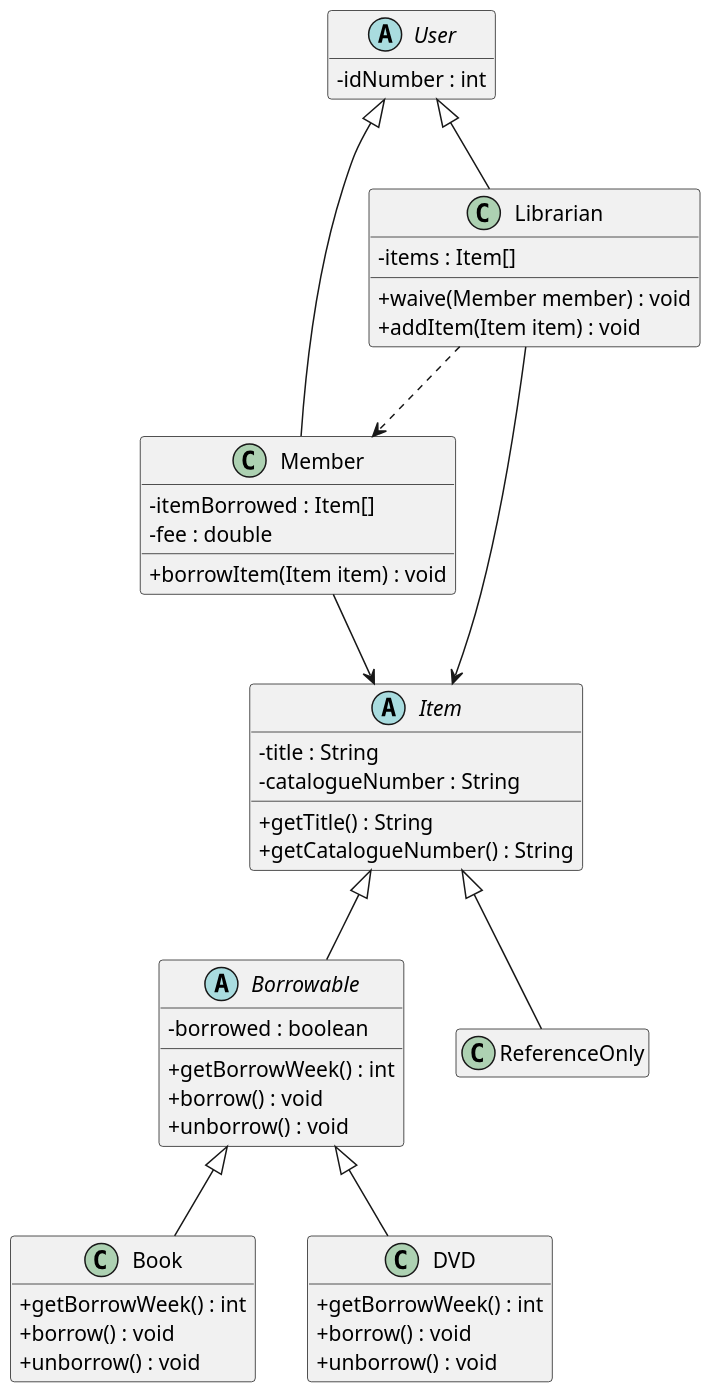
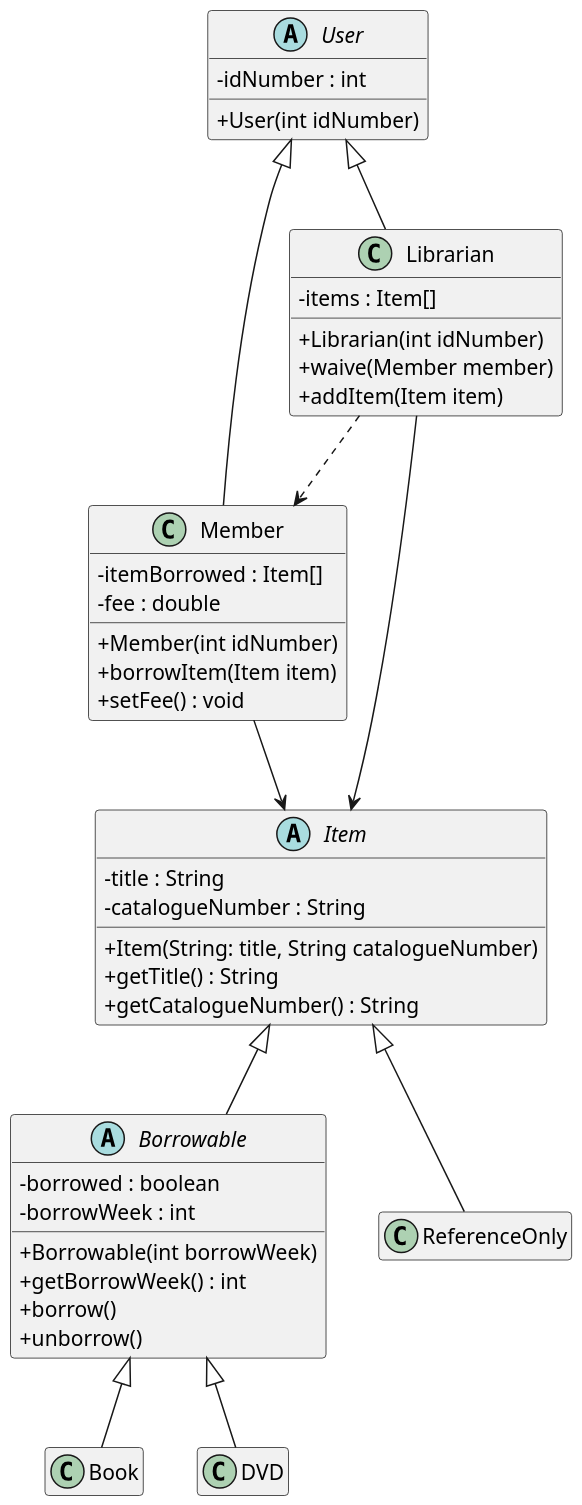
The diagram in plantuml/exercises/library-uml-starter.puml (MichaelZiyu/207-course-notes), drawn with PlantUML before and after one commit. The commit also changed 1 other file, not shown here.

```diff
--- a/plantuml/exercises/library-uml-starter.puml
+++ b/plantuml/exercises/library-uml-starter.puml
@@ -1,93 +1,65 @@
 @startuml
 skinparam dpi 150
 skinparam classAttributeIconSize 0
 hide empty members
 
-' Your task (Chapter 8, Question 1): draw the UML class diagram for the library
-' specification — items, books, DVDs, reference-only items, members, librarians,
-' and holds.
-'
-' Define each type as a box, then connect them with the right arrows. One box
-' (Item) is filled in as an example — decide on the rest yourself. There is more
-' than one defensible answer.
-'
-' PlantUML cheat-sheet:
-'   interface Name { + method() : Type }
-'   abstract class Name { # field : Type }
-'   class Name { - field : Type }
-'   Parent    <|-- Child    ' generalization: Child extends Parent
-'   Interface <|.. Class    ' realization:    Class implements Interface
-' (Putting the parent/interface on the LEFT of the arrow keeps it on top, which
-'  is the convention used in these notes.)
-
-' A library lets members borrow items. Each item has a title and a unique catalogue
-' number. Books can be borrowed for three weeks; DVDs can be borrowed for one week.
-' Some items are reference-only and cannot be borrowed at all. Members log in with
-' a member number and can place a hold on an item that is currently on loan.
-' Librarians can add new items to the catalogue and can waive a member's late fee.
-
 abstract class Item {
   - title : String
   - catalogueNumber : String
+  + Item(String: title, String catalogueNumber)
   + getTitle() : String
   + getCatalogueNumber() : String
-
 }
 
-abstract class Borrowable extends Item{
+abstract class Borrowable {
   - borrowed : boolean
+  - borrowWeek : int
+  + Borrowable(int borrowWeek)
   + getBorrowWeek() : int
-  + borrow() : void
-  + unborrow() : void
+  + borrow()
+  + unborrow()
 }
 
-class Book extends Borrowable{
-  + getBorrowWeek() : int
-  + borrow() : void
-  + unborrow() : void
+class Book {
 }
 
-class DVD extends Borrowable{
-  + getBorrowWeek() : int
-  + borrow() : void
-  + unborrow() : void
+class DVD {
 }
 
-class Member extends User{
+class ReferenceOnly {
+}
+
+abstract class User {
+  - idNumber : int
+  + User(int idNumber)
+}
+
+class Member {
   - itemBorrowed : Item[]
   - fee : double
-  + borrowItem(Item item) : void
+  + Member(int idNumber)
+  + borrowItem(Item item)
+  + setFee() : void
 }
 
-class ReferenceOnly extends Item {
+class Librarian {
+  - items : Item[]
+  + Librarian(int idNumber)
+  + waive(Member member)
+  + addItem(Item item)
 }
 
-' TODO: add boxes for Book and DVD. What differs between them — a whole class,
-'       or just the value of a loan-period field?
+' Inheritance (Generalization)
+Item <|-- Borrowable
+Borrowable <|-- Book
+Borrowable <|-- DVD
+Item <|-- ReferenceOnly
+User <|-- Member
+User <|-- Librarian
 
-' TODO: reference-only items cannot be borrowed at all. Decide how to say that
-'       in the diagram: a subclass, or an interface (e.g. "Borrowable") that
-'       only some items realize?
-
-' TODO: add Member and Librarian. What do they have in common? Add the common
-'       supertype if you think one is warranted.
-abstract class User {
-  - idNumber : int
-}
-
-class Librarian extends User {
-    - items : Item[]
-    + waive(Member member) : void
-    + addItem(Item item) : void
-}
-' TODO: add whatever represents a hold, and connect it to the classes that need
-'       to know about it.
-
-' TODO: add the arrows between all of your types.
-Member  -->  Item
+' Associations and dependencies
+Member --> Item
 Librarian --> Item
 Librarian ..> Member
 
-
-
 @enduml
```
